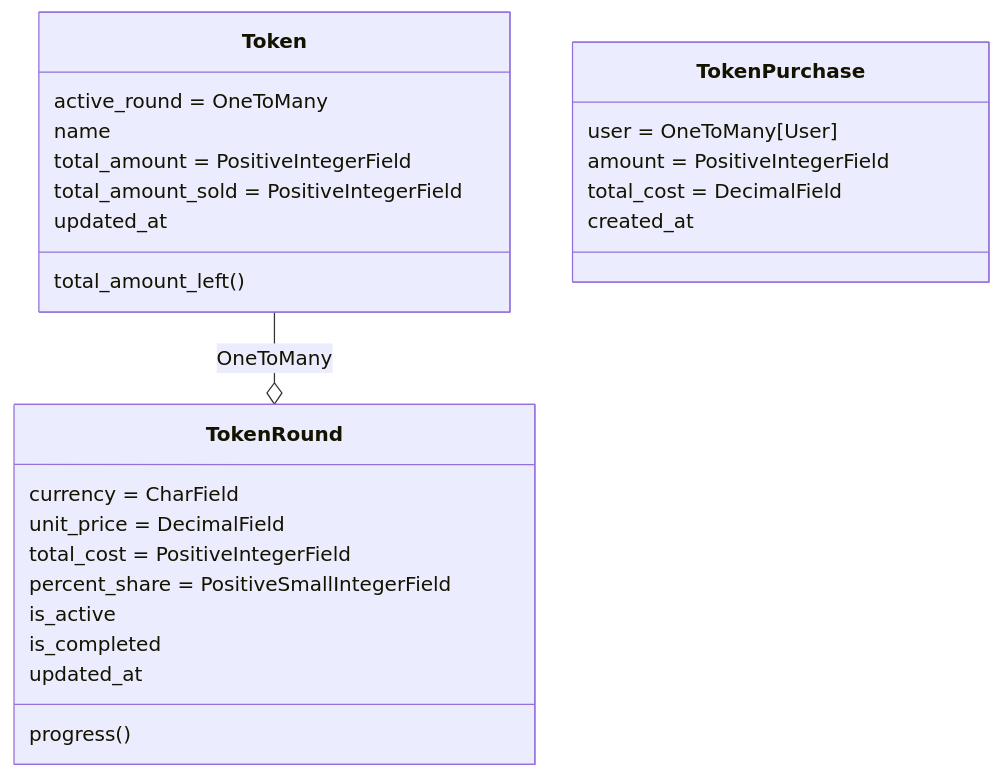
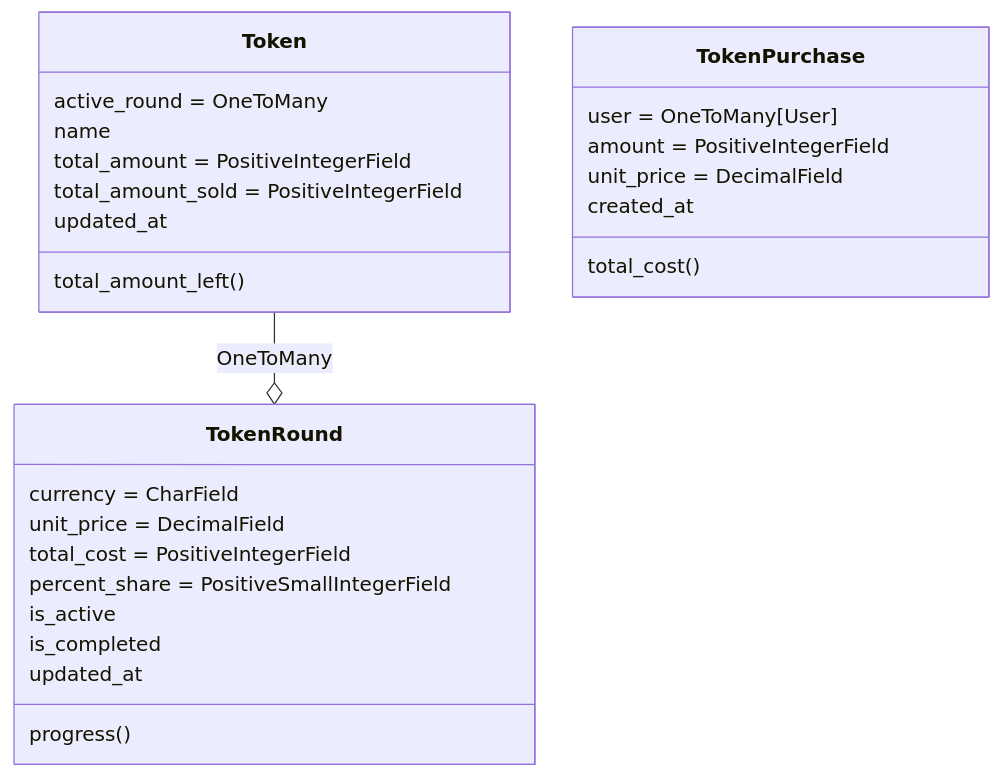
One commit to DmitryPi/market_django changed the second of 3 diagrams in README.md. Above: the diagram before and after it, drawn with Mermaid. The commit also changed other lines of this file and 2 other files, not shown here.

Commit message:
- Remove field total_cost from tokenpurchase - Add field unit_price to tokenpurchase

````diff
--- a/README.md
+++ b/README.md
@@ -95,33 +95,34 @@
 ```mermaid
 
 classDiagram
 
     Token --o TokenRound : OneToMany
 
     class Token {
         active_round = OneToMany
         name
         total_amount = PositiveIntegerField
         total_amount_sold = PositiveIntegerField
         updated_at
         total_amount_left()
     }
 
     class TokenRound {
         currency = CharField
         unit_price = DecimalField
         total_cost = PositiveIntegerField
         percent_share = PositiveSmallIntegerField
         is_active
         is_completed
         updated_at
         progress()
     }
 
     class TokenPurchase {
         user = OneToMany[User]
         amount = PositiveIntegerField
-        total_cost = DecimalField
+        unit_price = DecimalField
         created_at
+        total_cost()
     }
 ```
````
